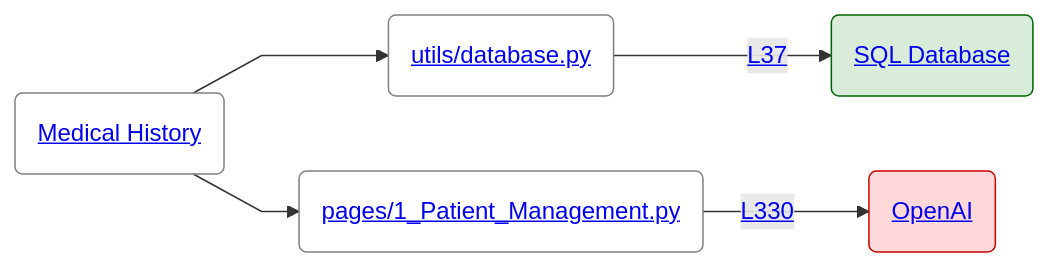
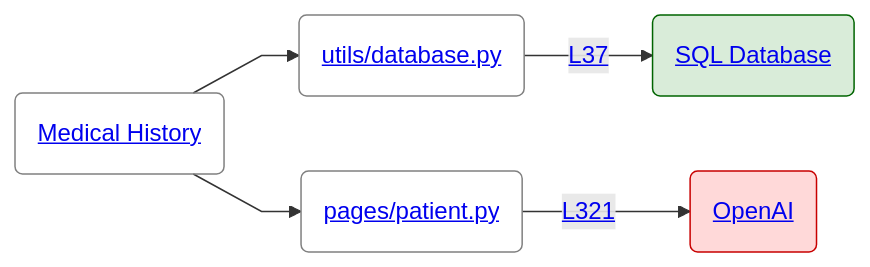
Before and after one commit to hounddogai/hounddog: the second of 12 diagrams in hounddog-sample-report.md, drawn with Mermaid. The commit also changed other lines of this file and 1 other file, not shown here.

Commit message:
Update demo.gif and hounddog-sample-report.md

````diff
--- a/hounddog-sample-report.md
+++ b/hounddog-sample-report.md
@@ -222,19 +225,19 @@
 ```mermaid
 %%{init: {'flowchart': {'curve': 'linear'}}}%%
 flowchart LR
 de_45("<a href='#data-element-45'>Medical History</a>")
 style de_45 fill:none,stroke:#808080,stroke-width:1px
 file_45_a5d31205d55c70dbb753118aeba456b0("<a href='https://github.com/hounddogai/hounddog-test-python-app/blob/781c916790f5/utils/database.py'>utils/database.py</a>")
 style file_45_a5d31205d55c70dbb753118aeba456b0 fill:none,stroke:#808080,stroke-width:1px
 de_45 --> file_45_a5d31205d55c70dbb753118aeba456b0
 file_45_a5d31205d55c70dbb753118aeba456b0 --> |<a href='https://github.com/hounddogai/hounddog-test-python-app/blob/781c916790f5/utils/database.py#L37-L37'>L37</a>| sink_sql_db
-file_45_327b0e11e7f2e0a3078f064ed4ea403d("<a href='https://github.com/hounddogai/hounddog-test-python-app/blob/781c916790f5/pages/1_Patient_Management.py'>pages/1_Patient_Management.py</a>")
-style file_45_327b0e11e7f2e0a3078f064ed4ea403d fill:none,stroke:#808080,stroke-width:1px
-de_45 --> file_45_327b0e11e7f2e0a3078f064ed4ea403d
-file_45_327b0e11e7f2e0a3078f064ed4ea403d --> |<a href='https://github.com/hounddogai/hounddog-test-python-app/blob/781c916790f5/pages/1_Patient_Management.py#L330-L330'>L330</a>| sink_openai
+file_45_0a6344e795897f52ee7ed6e95daf4674("<a href='https://github.com/hounddogai/hounddog-test-python-app/blob/781c916790f5/pages/patient.py'>pages/patient.py</a>")
+style file_45_0a6344e795897f52ee7ed6e95daf4674 fill:none,stroke:#808080,stroke-width:1px
+de_45 --> file_45_0a6344e795897f52ee7ed6e95daf4674
+file_45_0a6344e795897f52ee7ed6e95daf4674 --> |<a href='https://github.com/hounddogai/hounddog-test-python-app/blob/781c916790f5/pages/patient.py#L321-L321'>L321</a>| sink_openai
+sink_sql_db("<a href='#data-sink-sql-db'>SQL Database</a>")
+style sink_sql_db fill:#00800026,stroke:#006400,color:#006400
 sink_openai("<a href='#data-sink-openai'>OpenAI</a>")
 style sink_openai fill:#FF000026,stroke:#C80000,color:#C80000
-sink_sql_db("<a href='#data-sink-sql-db'>SQL Database</a>")
-style sink_sql_db fill:#00800026,stroke:#006400,color:#006400
 
 ```
````
